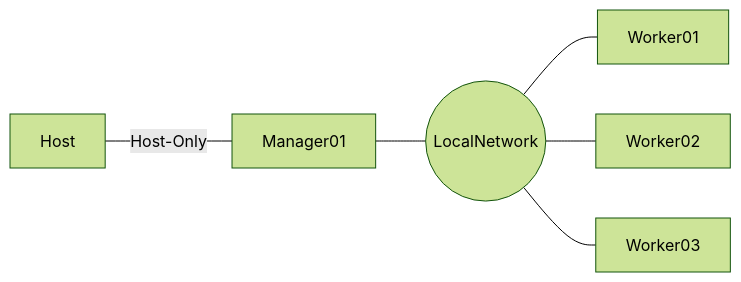
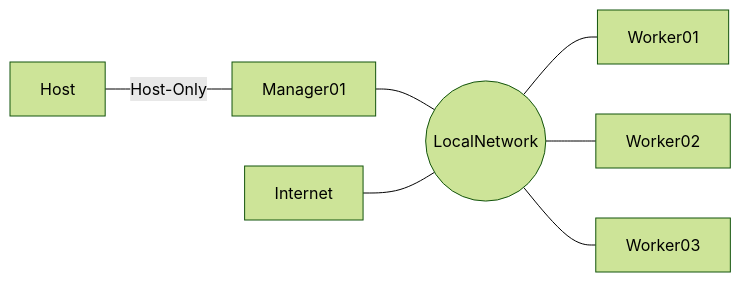
One commit to pgaljan/snippets changed the diagram in K3SLite.md. Above: the diagram before and after it, drawn with Mermaid (forest theme).

````diff
--- a/K3SLite.md
+++ b/K3SLite.md
@@ -11,8 +11,9 @@
 ```mermaid
 flowchart LR;
     Host---|Host-Only|Manager01;
     Manager01---LocalNetwork((LocalNetwork))
     LocalNetwork---Worker01
     LocalNetwork---Worker02
     LocalNetwork---Worker03
+    Internet---LocalNetwork
 ```
````
